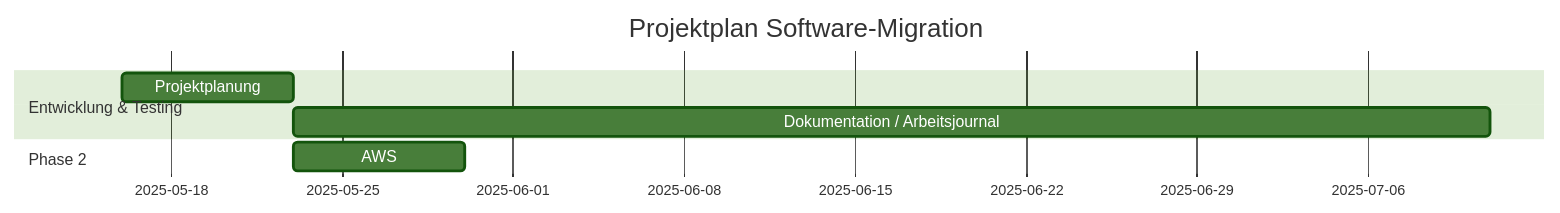
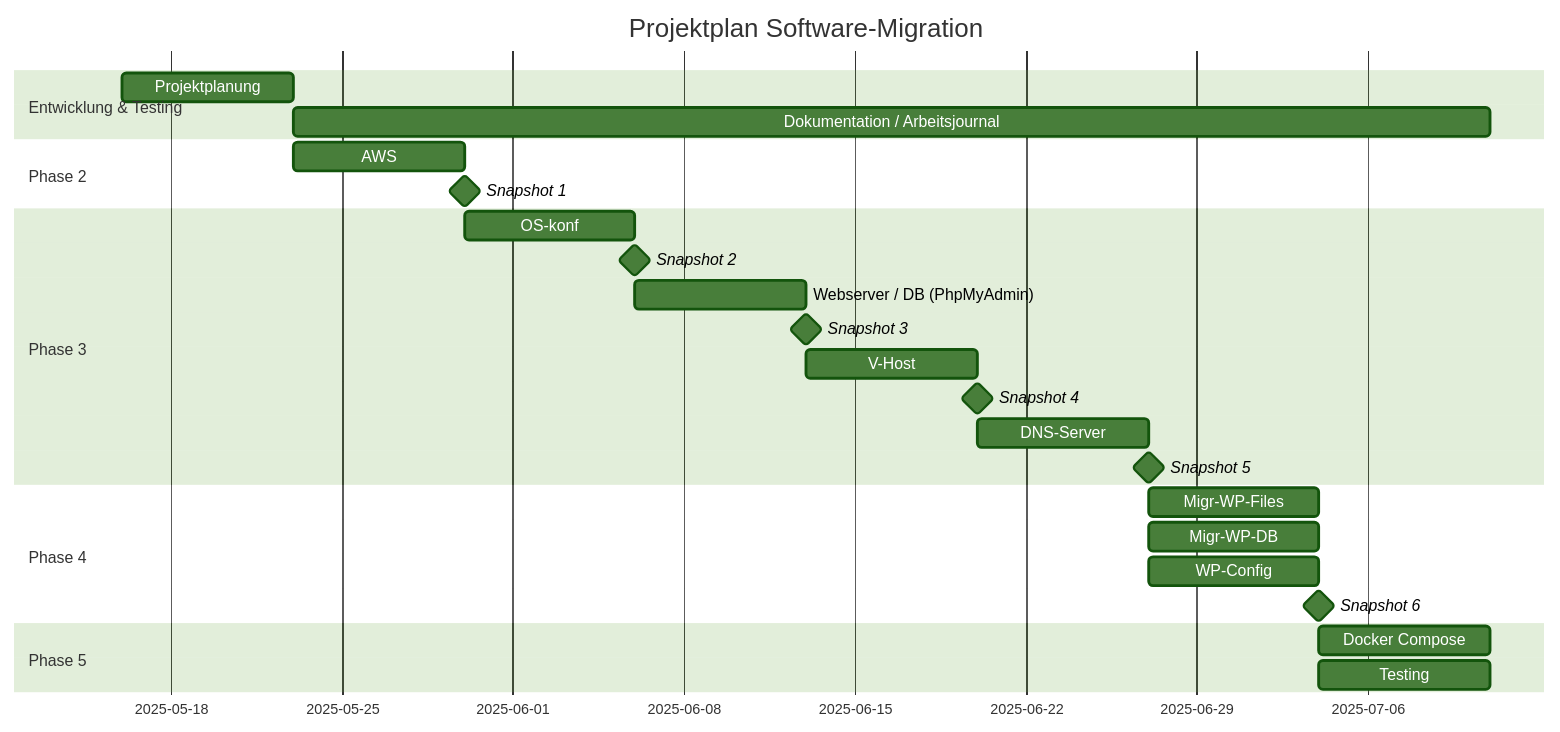
Before and after one commit to marzonev/M158: the diagram in 01 - Dokumentation/README.md, drawn with Mermaid (forest theme).

Commit message:
Finished gantt dieagramm

````diff
--- a/01 - Dokumentation/README.md
+++ b/01 - Dokumentation/README.md
@@ -22,11 +22,30 @@
 ```mermaid
 gantt
     title Projektplan Software-Migration
     dateFormat  DD-MM-YYYY
     section Entwicklung & Testing
-    Projektplanung  :a1, 16-05-2025  , 7d
-    Dokumentation / Arbeitsjournal   :after a1, 49d
+    Projektplanung  : a1, 16-05-2025  , 7d
+    Dokumentation / Arbeitsjournal : after a1, 49d
     section Phase 2
-    AWS :b2, after a1, 7d
-    
+    AWS : b2, after a1, 7d
+    Snapshot 1  : milestone, sn1
+    section Phase 3
+    OS-konf :c1, after b2, 7d
+    Snapshot 2 : milestone, sn2
+    Webserver / DB (PhpMyAdmin) :c2, after c1, 7d
+    Snapshot 3 : milestone, sn3
+    V-Host : c3, after c2, 7d
+    Snapshot 4 : milestone, sn4
+    DNS-Server : c4, after c3, 7d
+    Snapshot 5 : milestone, sn5
+    section Phase 4
+    Migr-WP-Files : d1, after c4, 7d
+    Migr-WP-DB : d2, after c4, 7d
+    WP-Config : d3, after c4, 7d
+    Snapshot 6 : milestone, sn6
+    section Phase 5
+    Docker Compose : e1, after d3, 7d
+    Testing : e2, after d3, 7d
+
+
 ```
````
